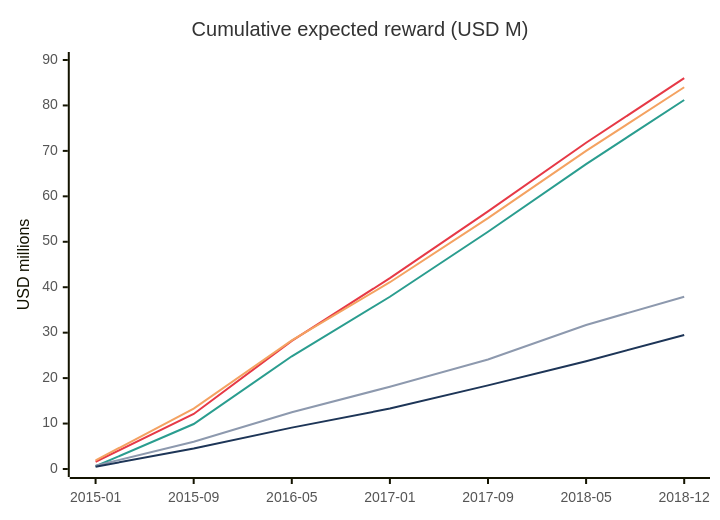
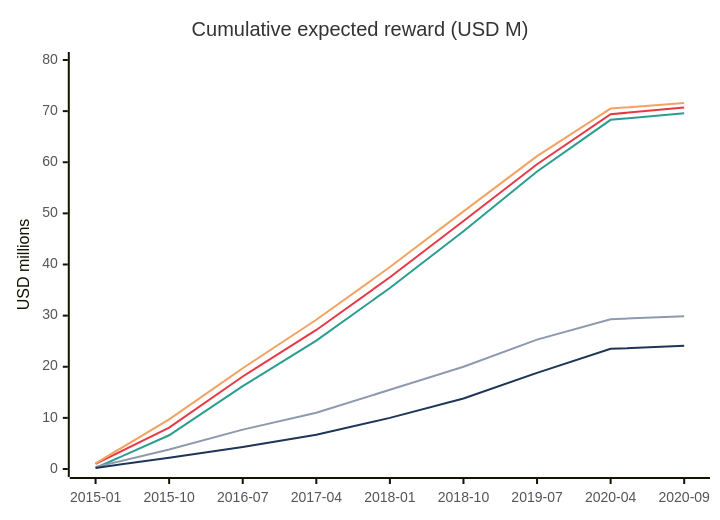
The second of 11 diagrams in README.md (mistiusiu/bayesian-credit), drawn with Mermaid before and after one commit. The commit also changed other lines of this file and 1 other file, not shown here.

````diff
--- a/README.md
+++ b/README.md
@@ -80,12 +80,12 @@
 ```mermaid
 %%{init: {"theme": "base", "themeVariables": {"xyChart": {"plotColorPalette": "#e63946, #f4a261, #2a9d8f, #8d99ae, #1d3557", "titleColor": "#333", "xAxisLabelColor": "#555", "yAxisLabelColor": "#555"}}}}%%
 xychart-beta
     title "Cumulative expected reward (USD M)"
-    x-axis ["2015-01","2015-09","2016-05","2017-01","2017-09","2018-05","2018-12"]
-    y-axis "USD millions" 0 --> 90
-    line [1.6, 12.1, 28.2, 42.0, 56.7, 71.8, 86.0]
-    line [1.9, 13.3, 28.3, 41.1, 55.2, 70.0, 84.0]
-    line [0.6, 9.9, 24.8, 37.9, 52.2, 67.1, 81.2]
-    line [0.7, 6.0, 12.5, 18.1, 24.1, 31.7, 37.9]
-    line [0.5, 4.5, 9.1, 13.3, 18.4, 23.7, 29.5]
+    x-axis ["2015-01","2015-10","2016-07","2017-04","2018-01","2018-10","2019-07","2020-04","2020-09"]
+    y-axis "USD millions" 0 --> 80
+    line [1.0, 8.1, 18.1, 27.2, 37.5, 48.5, 59.6, 69.4, 70.7]
+    line [1.1, 9.7, 19.7, 29.2, 39.5, 50.4, 61.2, 70.5, 71.6]
+    line [0.2, 6.6, 16.2, 25.1, 35.4, 46.5, 58.2, 68.3, 69.6]
+    line [0.4, 3.8, 7.7, 11.0, 15.5, 20.0, 25.3, 29.3, 29.9]
+    line [0.2, 2.2, 4.3, 6.7, 10.0, 13.8, 18.8, 23.5, 24.1]
 ```
````
